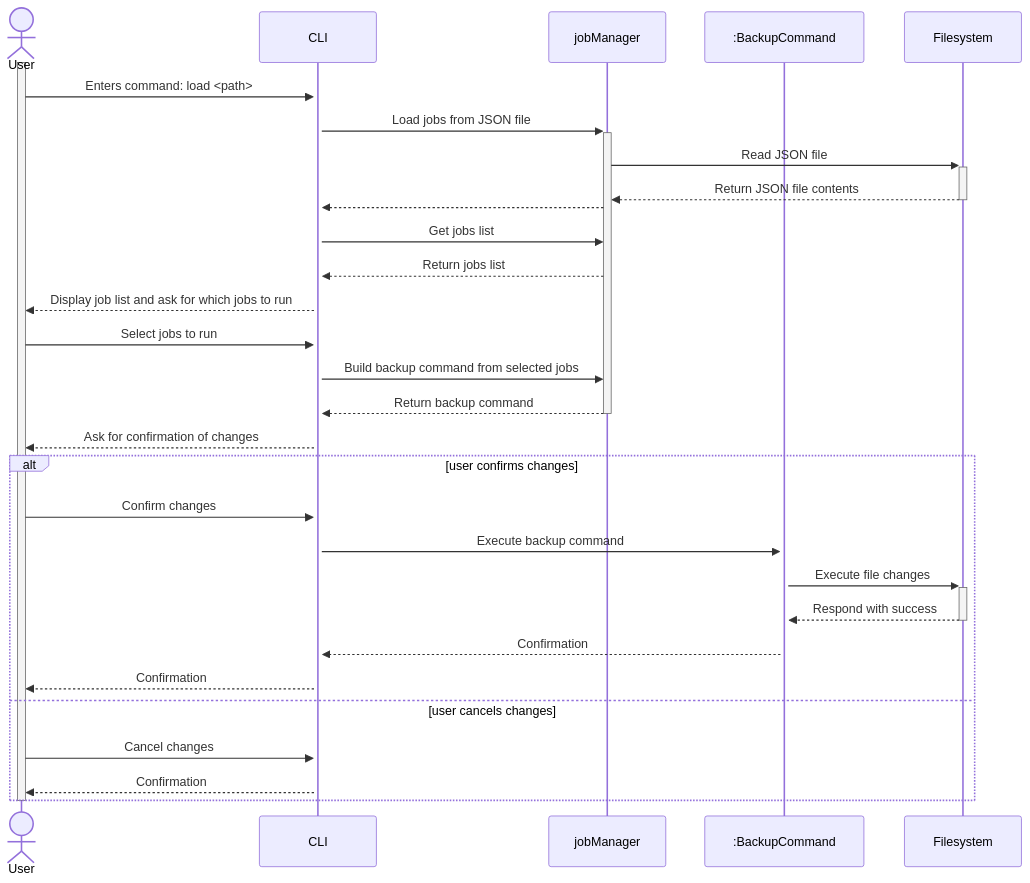
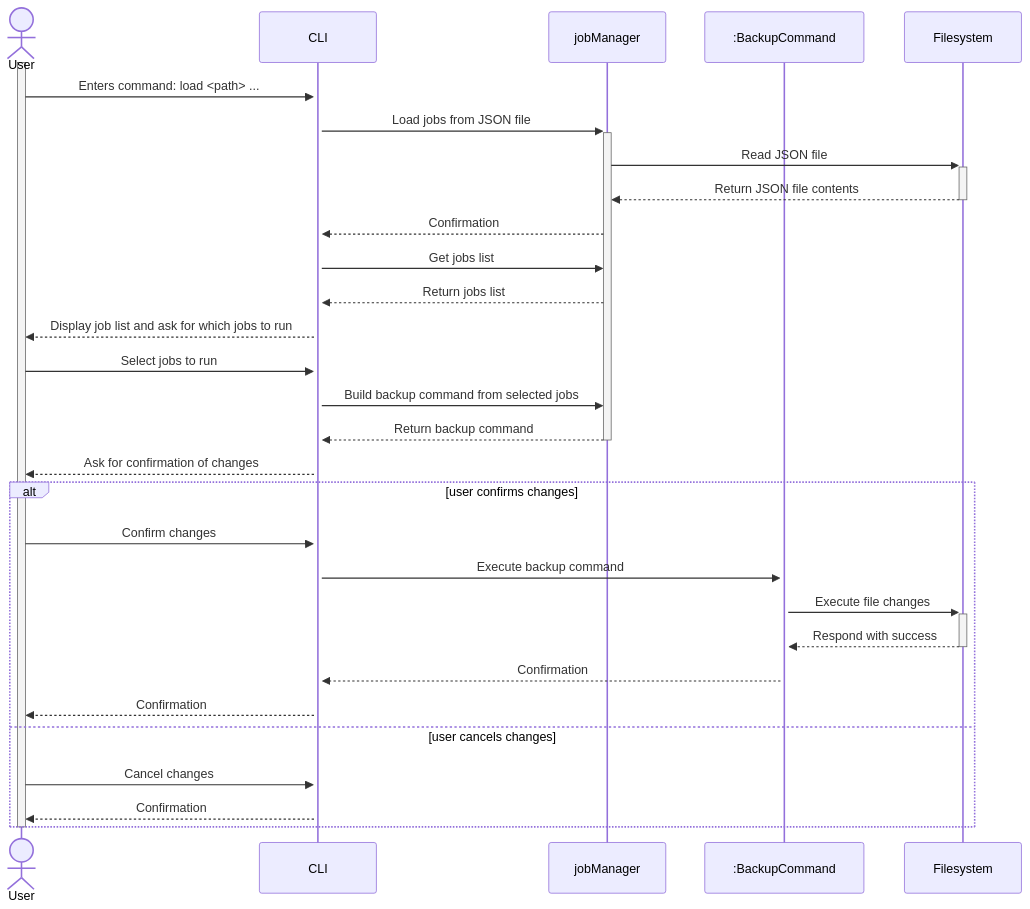
One commit to kellianb/FISE_A3_SE_BECHTEL changed the second of 5 diagrams in README.md. Above: the diagram before and after it, drawn with Mermaid. The commit also changed other lines of this file, not shown here.

Commit message:
Improved diagrams, added new diagrams

````diff
--- a/README.md
+++ b/README.md
@@ -64,37 +64,37 @@
 ```mermaid
 sequenceDiagram
     actor User
     participant CLI
     participant jobManager
     participant #58;BackupCommand
     participant Filesystem
 
     activate User
-    User->>+CLI: Enters command: load <path>
+    User->>+CLI: Enters command: load <path> ...
 
         CLI->>+jobManager: Load jobs from JSON file
         jobManager->>+ Filesystem: Read JSON file
         Filesystem-->>-jobManager: Return JSON file contents
-        jobManager-->>CLI: 
+        jobManager-->>CLI: Confirmation
         CLI->>jobManager: Get jobs list
         jobManager-->>CLI: Return jobs list
         CLI-->>User: Display job list and ask for which jobs to run
         User->>CLI: Select jobs to run
         CLI->>jobManager: Build backup command from selected jobs
         jobManager-->>-CLI: Return backup command
         CLI-->>User: Ask for confirmation of changes
         alt user confirms changes
             User->>CLI: Confirm changes
             CLI->>+#58;BackupCommand: Execute backup command
             #58;BackupCommand->>+Filesystem: Execute file changes
             Filesystem-->>-#58;BackupCommand: Respond with success
             #58;BackupCommand-->>CLI: Confirmation
             CLI-->>User: Confirmation
         else user cancels changes
             User->>CLI: Cancel changes
             CLI-->>User: Confirmation
 
 end
 
     deactivate User
 ```
````
